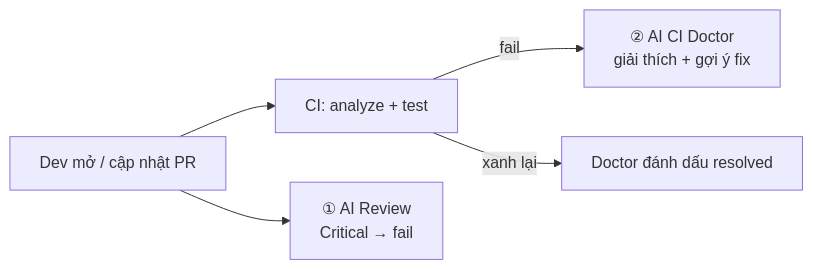
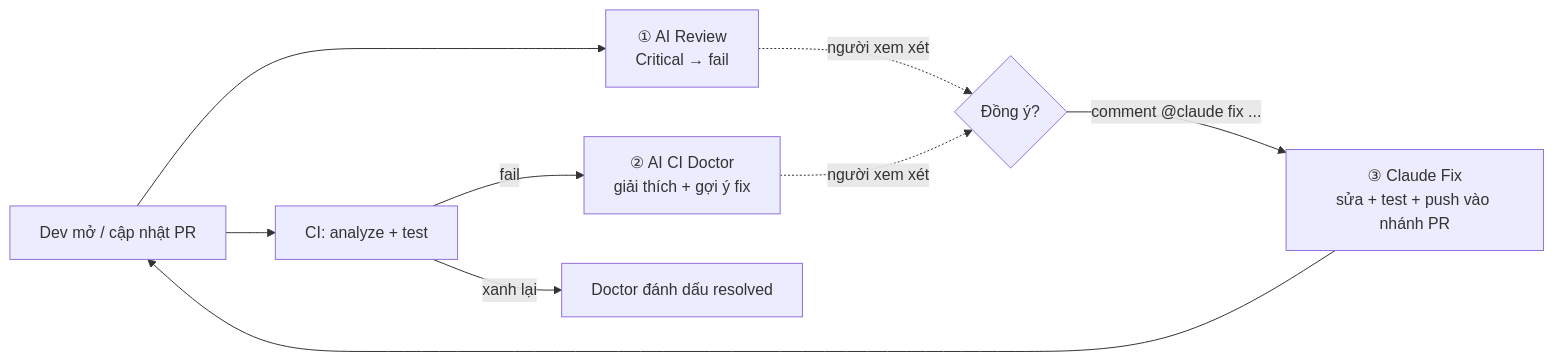
The diagram in README.md (trungnt-2399/AI-in-CI-CD), drawn with Mermaid before and after one commit. The commit also changed other lines of this file and 3 other files, not shown here.

````diff
--- a/README.md
+++ b/README.md
@@ -7,7 +7,10 @@
 ```mermaid
 flowchart LR
   PR[Dev mở / cập nhật PR] --> CI[CI: analyze + test]
   PR --> REV[① AI Review<br/>Critical → fail]
   CI -- fail --> DOC[② AI CI Doctor<br/>giải thích + gợi ý fix]
   CI -- xanh lại --> RES[Doctor đánh dấu resolved]
+  REV & DOC -. người xem xét .-> HUMAN{Đồng ý?}
+  HUMAN -- "comment @claude fix ..." --> FIX[③ Claude Fix<br/>sửa + test + push vào nhánh PR]
+  FIX --> PR
 ```
````
